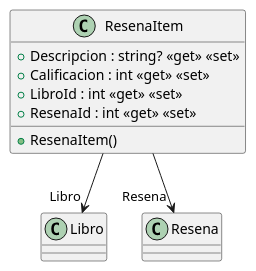
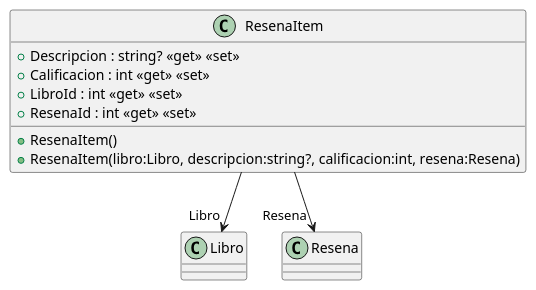
One commit to ISII2627LosElnes/ISII2627LosElnes changed the diagram in src/AppForSEII.API/ClassDiagram/ResenaItem.puml. Above: the diagram before and after it, drawn with PlantUML. The commit also changed 8 other files, not shown here.

Commit message:
He añadido una línea a libro y otra a Resena para la asociacion de ambas con Resenaitem

```diff
--- a/src/AppForSEII.API/ClassDiagram/ResenaItem.puml
+++ b/src/AppForSEII.API/ClassDiagram/ResenaItem.puml
@@ -1,11 +1,12 @@
 @startuml
 class ResenaItem {
     + ResenaItem()
+    + ResenaItem(libro:Libro, descripcion:string?, calificacion:int, resena:Resena)
     + Descripcion : string? <<get>> <<set>>
     + Calificacion : int <<get>> <<set>>
     + LibroId : int <<get>> <<set>>
     + ResenaId : int <<get>> <<set>>
 }
 ResenaItem --> "Libro" Libro
 ResenaItem --> "Resena" Resena
 @enduml
```
